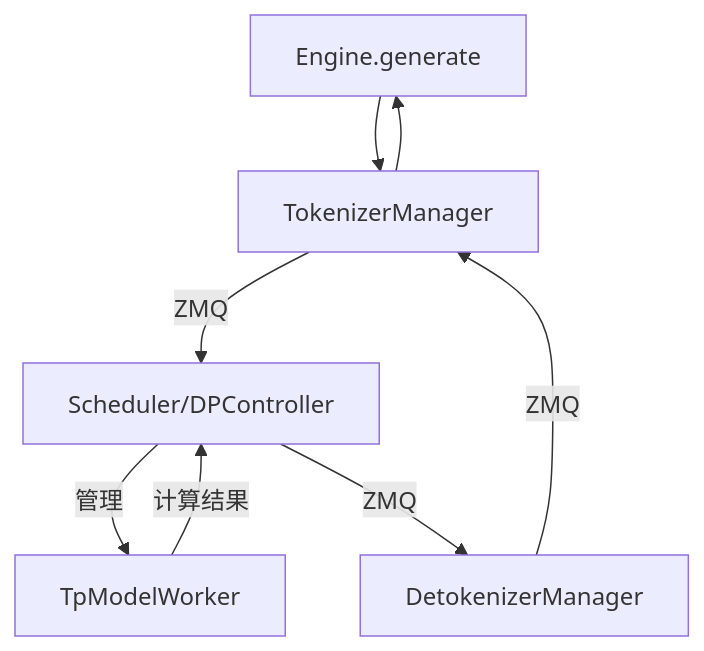
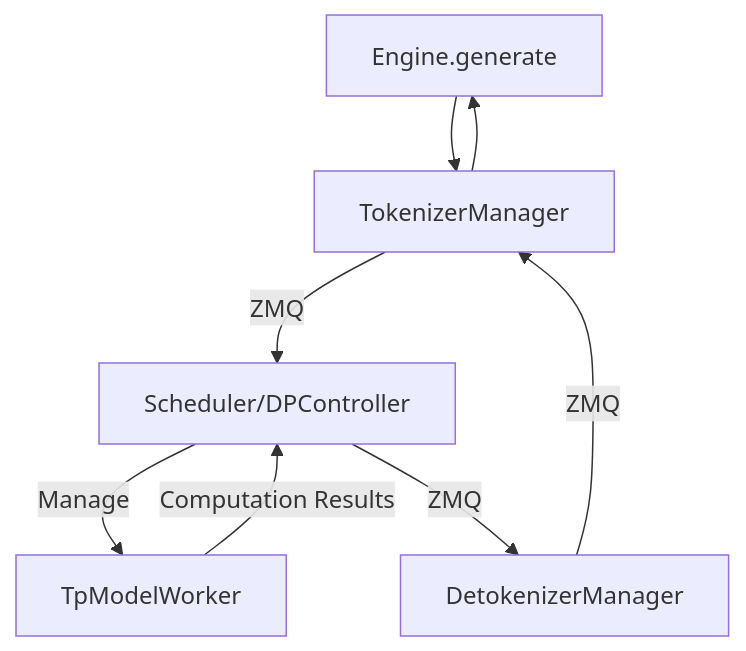
Before and after one commit to zkkython/Awesome-ML-SYS-Tutorial: the first of 2 diagrams in sglang/sglang-worker/readme.md, drawn with Mermaid. The commit also changed other lines of this file and 2 other files, not shown here.

Commit message:
Update sglang worker

````diff
--- a/sglang/sglang-worker/readme.md
+++ b/sglang/sglang-worker/readme.md
@@ -801,10 +795,10 @@
 ```mermaid
 graph TD
     A[Engine.generate] --> B[TokenizerManager]
     B -->|ZMQ| C[Scheduler/DPController]
-    C -->|管理| D[TpModelWorker]
-    D -->|计算结果| C
+    C -->|Manage| D[TpModelWorker]
+    D -->|Computation Results| C
     C -->|ZMQ| E[DetokenizerManager]
     E -->|ZMQ| B
     B --> A
 ```
````
